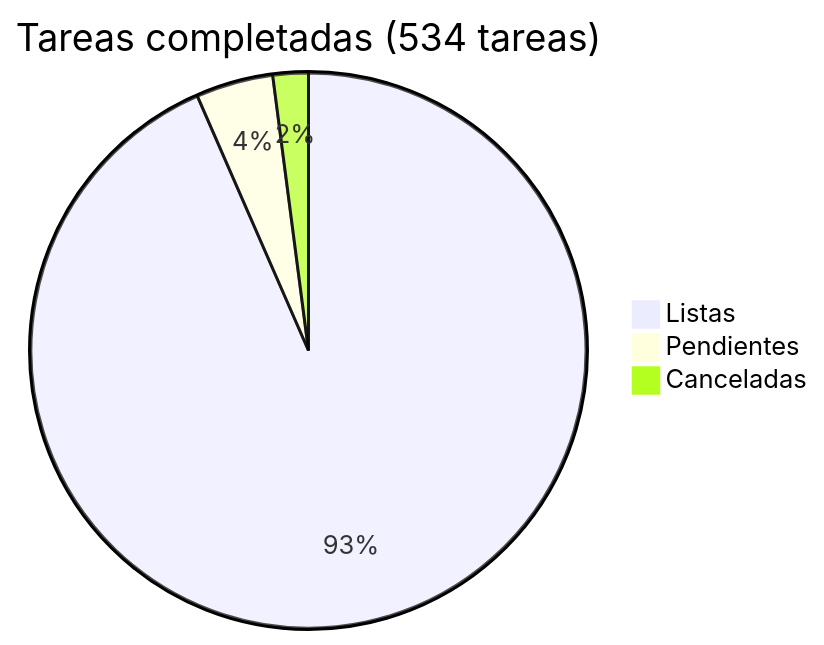
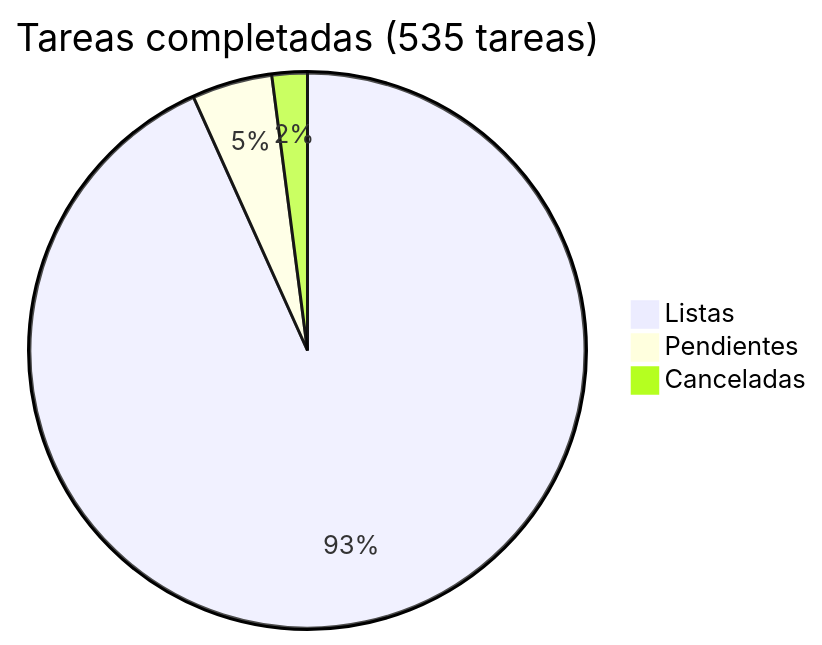
Before and after one commit to araguaney-org/araguaney: the diagram in docs/roadmap/README.md, drawn with Mermaid. The commit also changed other lines of this file and 10 other files, not shown here.

````diff
--- a/docs/roadmap/README.md
+++ b/docs/roadmap/README.md
@@ -5,6 +5,6 @@
 ```mermaid
-pie title Tareas completadas (534 tareas)
+pie title Tareas completadas (535 tareas)
     "Listas" : 499
-    "Pendientes" : 24
+    "Pendientes" : 25
     "Canceladas" : 11
 ```
````
